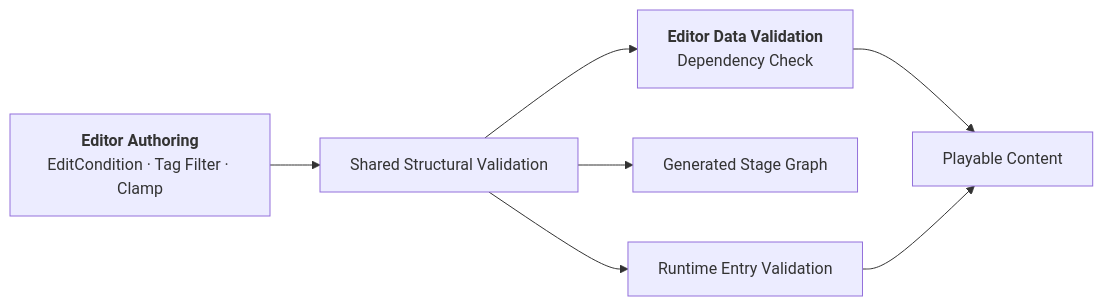
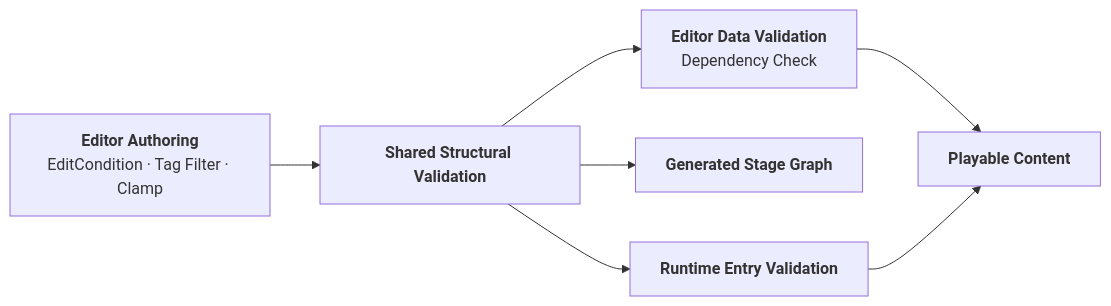
One commit to chungheonLee0325/Sonheim changed the diagram in Doc/Wiki/13_Content_Authoring_Validation.md. Above: the diagram before and after it, drawn with Mermaid.

Commit message:
docs: standardize mermaid node hierarchy

```diff
--- a/Doc/Wiki/13_Content_Authoring_Validation.md
+++ b/Doc/Wiki/13_Content_Authoring_Validation.md
@@ -18,16 +18,16 @@
 ~~~mermaid
 flowchart LR
     AUTHOR["<b>Editor Authoring</b><br/>EditCondition · Tag Filter · Clamp"]
-    CORE["Shared Structural Validation"]
+    CORE["<b>Shared Structural Validation</b>"]
     EDITOR["<b>Editor Data Validation</b><br/>Dependency Check"]
-    GRAPH["Generated Stage Graph"]
-    RUNTIME["Runtime Entry Validation"]
-    PLAY["Playable Content"]
+    GRAPH["<b>Generated Stage Graph</b>"]
+    RUNTIME["<b>Runtime Entry Validation</b>"]
+    PLAY["<b>Playable Content</b>"]
 
     AUTHOR --> CORE
     CORE --> EDITOR
     CORE --> GRAPH
     CORE --> RUNTIME
     EDITOR --> PLAY
     RUNTIME --> PLAY
 ~~~
```
